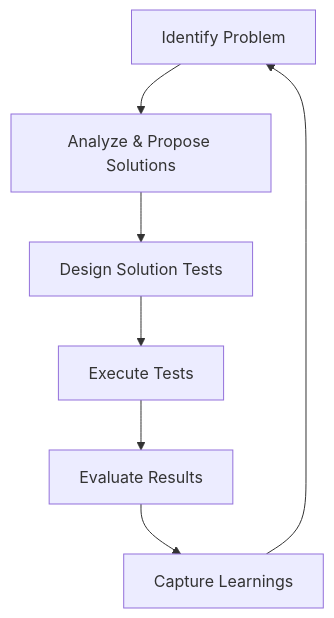
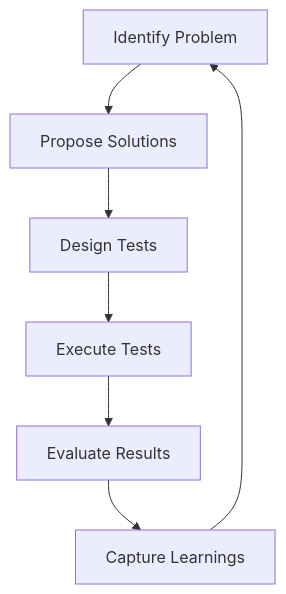
The second of 2 diagrams in docs/book/ch05_notes.md (PacktPublishing/Engineering-Cognitive-AI-Agents), drawn with Mermaid before and after one commit. The commit also changed other lines of this file and 5 other files, not shown here.

````diff
--- a/docs/book/ch05_notes.md
+++ b/docs/book/ch05_notes.md
@@ -246,9 +384,9 @@
    ```mermaid
    graph TD
-       A[Identify Problem] --> B[Analyze & Propose Solutions]
-       B --> C[Design Solution Tests]
+       A[Identify Problem] --> B[Propose Solutions]
+       B --> C[Design Tests]
        C --> D[Execute Tests]
        D --> E[Evaluate Results]
        E --> F[Capture Learnings]
        F --> A
    ```
````
